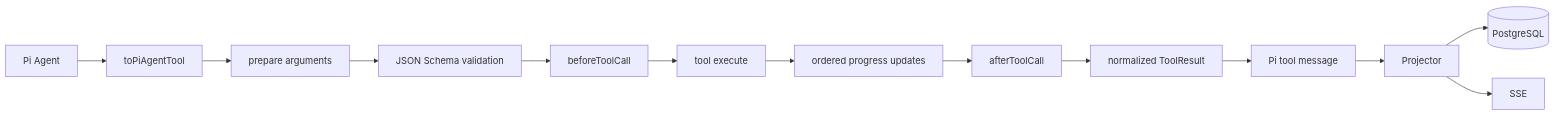
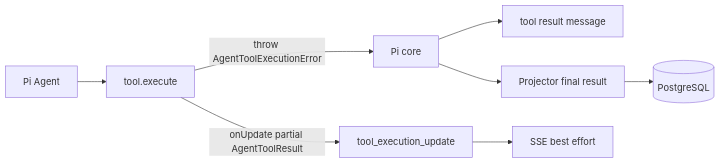
The diagram in openspec/changes/add-agent-tool-error-resilience/design.md (wanglsh97/super-mind-studio), drawn with Mermaid before and after one commit. The commit also changed other lines of this file and 4 other files, not shown here.

Commit message:
docs(agent): align tool errors and progress with Pi

````diff
--- a/openspec/changes/add-agent-tool-error-resilience/design.md
+++ b/openspec/changes/add-agent-tool-error-resilience/design.md
@@ -8,15 +8,10 @@
 ```mermaid
 flowchart LR
-  LLM[Pi Agent] --> A[toPiAgentTool]
-  A --> P[prepare arguments]
-  P --> V[JSON Schema validation]
-  V --> B[beforeToolCall]
-  B --> E[tool execute]
-  E --> U[ordered progress updates]
-  U --> F[afterToolCall]
-  F --> R[normalized ToolResult]
-  R --> M[Pi tool message]
-  M --> X[Projector]
+  LLM[Pi Agent] --> T[tool.execute]
+  T -->|throw AgentToolExecutionError| P[Pi core]
+  P --> M[tool result message]
+  T -->|onUpdate partial AgentToolResult| U[tool_execution_update]
+  U --> S[SSE best effort]
+  P --> X[Projector final result]
   X --> D[(PostgreSQL)]
-  X --> S[SSE]
 ```
````
